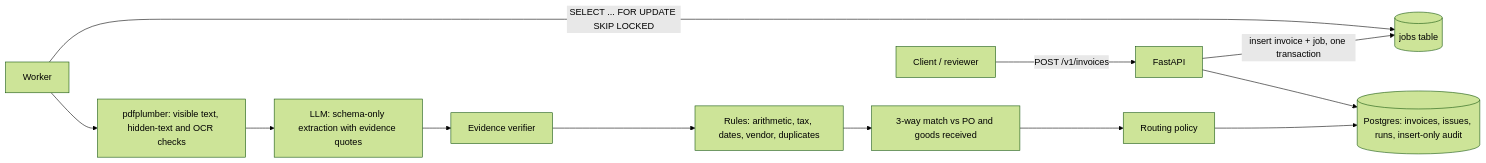
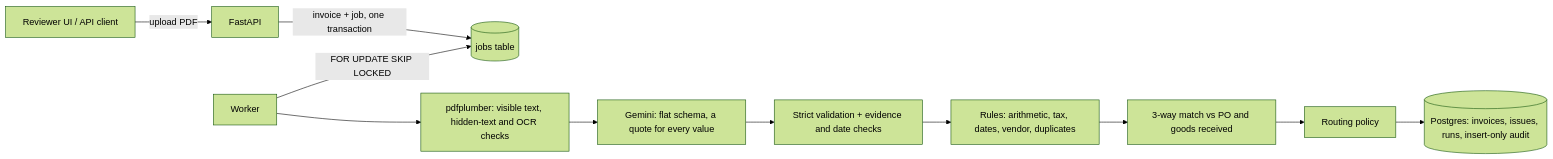
The diagram in README.md (babaralimahar/ledgerlens), drawn with Mermaid (forest theme) before and after one commit. The commit also changed other lines of this file and 43 other files, not shown here.

First line of the commit message:
feat(p1): Gemini extraction, date-evidence rule, reviewer UI; release v1.0.0

````diff
--- a/README.md
+++ b/README.md
@@ -14,14 +49,13 @@
 ```mermaid
 flowchart LR
-  C[Client / reviewer] -->|POST /v1/invoices| API[FastAPI]
-  API -->|insert invoice + job, one transaction| Q[(jobs table)]
-  W[Worker] -->|SELECT ... FOR UPDATE SKIP LOCKED| Q
+  C[Reviewer UI / API client] -->|upload PDF| API[FastAPI]
+  API -->|invoice + job, one transaction| Q[(jobs table)]
+  W[Worker] -->|FOR UPDATE SKIP LOCKED| Q
   W --> TX[pdfplumber: visible text, hidden-text and OCR checks]
-  TX --> LLM[LLM: schema-only extraction with evidence quotes]
-  LLM --> EV[Evidence verifier]
+  TX --> LLM[Gemini: flat schema, a quote for every value]
+  LLM --> EV[Strict validation + evidence and date checks]
   EV --> V[Rules: arithmetic, tax, dates, vendor, duplicates]
   V --> M[3-way match vs PO and goods received]
   M --> R[Routing policy]
   R --> DB[(Postgres: invoices, issues, runs, insert-only audit)]
-  API --> DB
 ```
````
